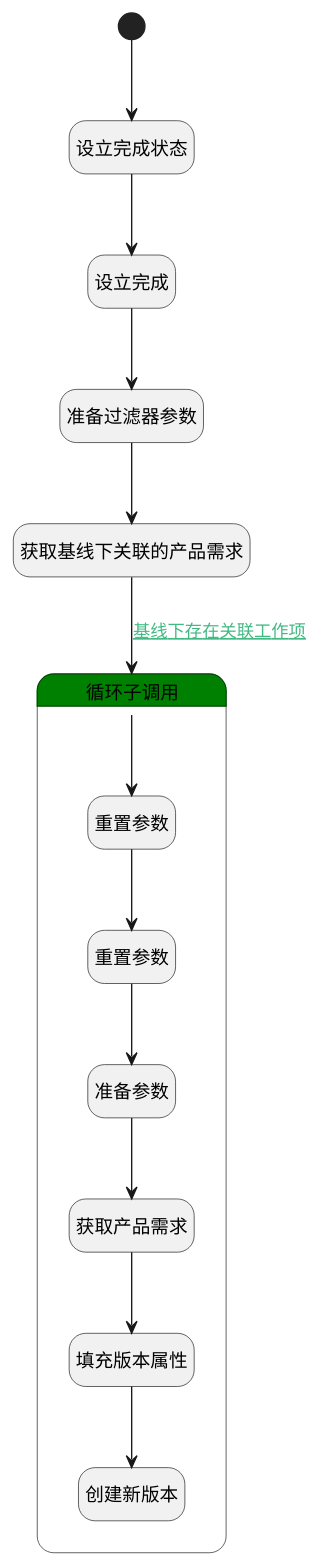
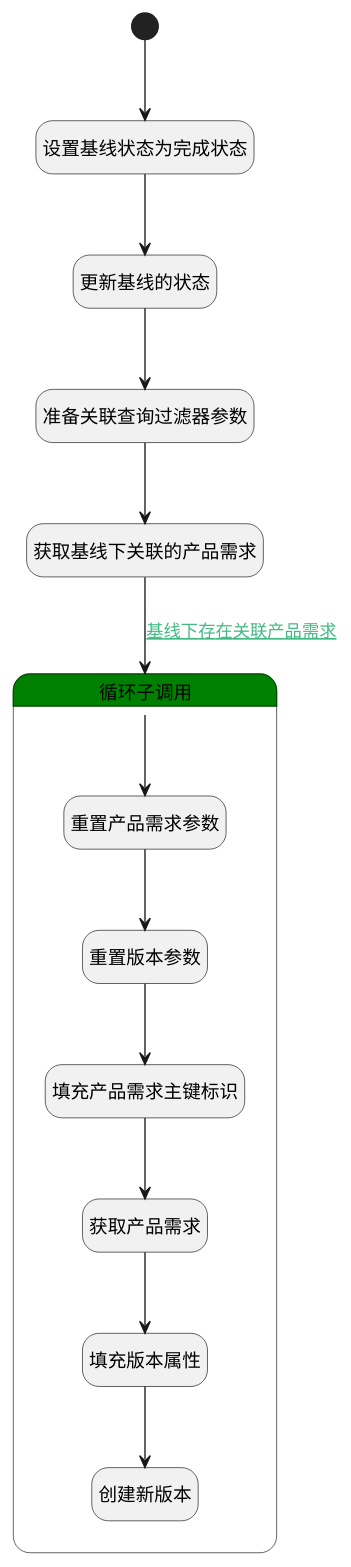
One commit to iBizLab/plm changed the diagram in doc/docsify/module/Base/baseline/logic/set_complete_product.md. Above: the diagram before and after it, drawn with PlantUML. The commit also changed other lines of this file and 1068 other files, not shown here.

````diff
--- a/doc/docsify/module/Base/baseline/logic/set_complete_product.md
+++ b/doc/docsify/module/Base/baseline/logic/set_complete_product.md
@@ -7,40 +7,40 @@
 ```plantuml
 @startuml
 hide empty description
 <style>
 root {
   HyperlinkColor #42b983
 }
 </style>
 
 hide empty description
 state "开始" as Begin <<start>> [[$./set_complete_product#begin {"开始"}]]
-state "设立完成状态" as PREPAREPARAM1  [[$./set_complete_product#prepareparam1 {"设立完成状态"}]]
-state "设立完成" as DEACTION1  [[$./set_complete_product#deaction1 {"设立完成"}]]
-state "准备过滤器参数" as PREPAREPARAM2  [[$./set_complete_product#prepareparam2 {"准备过滤器参数"}]]
+state "设置基线状态为完成状态" as PREPAREPARAM1  [[$./set_complete_product#prepareparam1 {"设置基线状态为完成状态"}]]
+state "更新基线的状态" as DEACTION1  [[$./set_complete_product#deaction1 {"更新基线的状态"}]]
+state "准备关联查询过滤器参数" as PREPAREPARAM2  [[$./set_complete_product#prepareparam2 {"准备关联查询过滤器参数"}]]
 state "获取基线下关联的产品需求" as DEDATASET1  [[$./set_complete_product#dedataset1 {"获取基线下关联的产品需求"}]]
 state "循环子调用" as LOOPSUBCALL1  [[$./set_complete_product#loopsubcall1 {"循环子调用"}]] #green {
-state "重置参数" as RESETPARAM1  [[$./set_complete_product#resetparam1 {"重置参数"}]]
-state "重置参数" as RESETPARAM2  [[$./set_complete_product#resetparam2 {"重置参数"}]]
-state "准备参数" as PREPAREPARAM3  [[$./set_complete_product#prepareparam3 {"准备参数"}]]
+state "重置产品需求参数" as RESETPARAM1  [[$./set_complete_product#resetparam1 {"重置产品需求参数"}]]
+state "重置版本参数" as RESETPARAM2  [[$./set_complete_product#resetparam2 {"重置版本参数"}]]
+state "填充产品需求主键标识" as PREPAREPARAM3  [[$./set_complete_product#prepareparam3 {"填充产品需求主键标识"}]]
 state "获取产品需求" as DEACTION2  [[$./set_complete_product#deaction2 {"获取产品需求"}]]
 state "填充版本属性" as PREPAREPARAM4  [[$./set_complete_product#prepareparam4 {"填充版本属性"}]]
 state "创建新版本" as DEACTION3  [[$./set_complete_product#deaction3 {"创建新版本"}]]
 }
 
 
 Begin --> PREPAREPARAM1
 PREPAREPARAM1 --> DEACTION1
 DEACTION1 --> PREPAREPARAM2
 PREPAREPARAM2 --> DEDATASET1
-DEDATASET1 --> LOOPSUBCALL1 : [[$./set_complete_product#dedataset1-loopsubcall1{基线下存在关联工作项} 基线下存在关联工作项]]
+DEDATASET1 --> LOOPSUBCALL1 : [[$./set_complete_product#dedataset1-loopsubcall1{基线下存在关联产品需求} 基线下存在关联产品需求]]
 LOOPSUBCALL1 --> RESETPARAM1
 RESETPARAM1 --> RESETPARAM2
 RESETPARAM2 --> PREPAREPARAM3
 PREPAREPARAM3 --> DEACTION2
 DEACTION2 --> PREPAREPARAM4
 PREPAREPARAM4 --> DEACTION3
 
 
 @enduml
 ```
````
